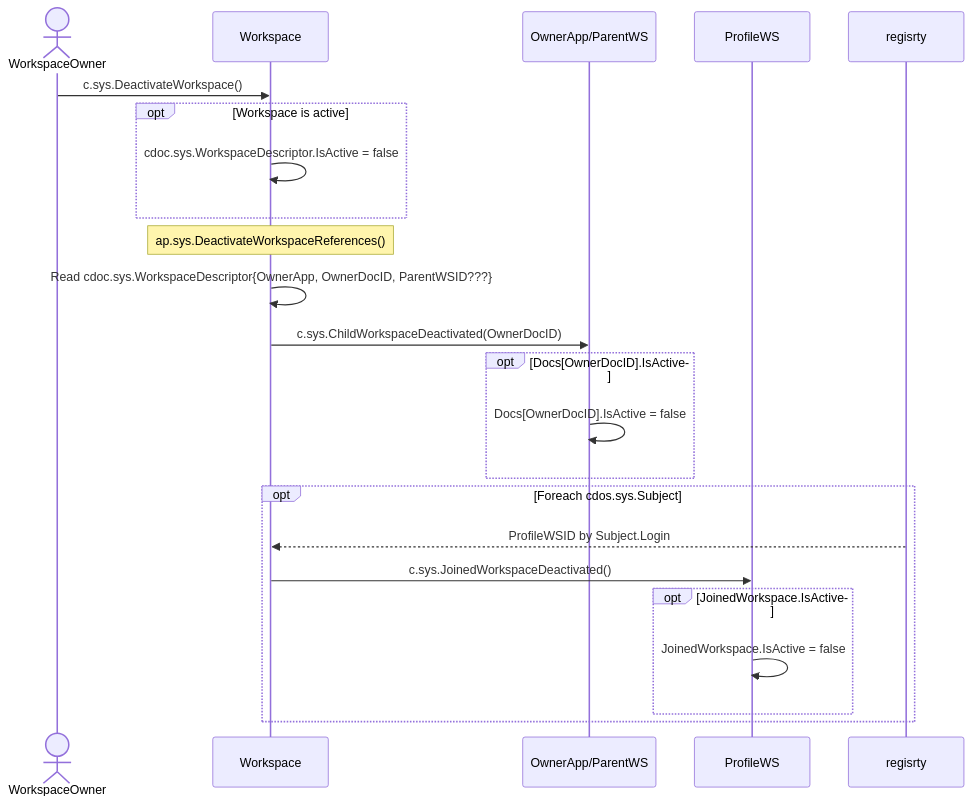
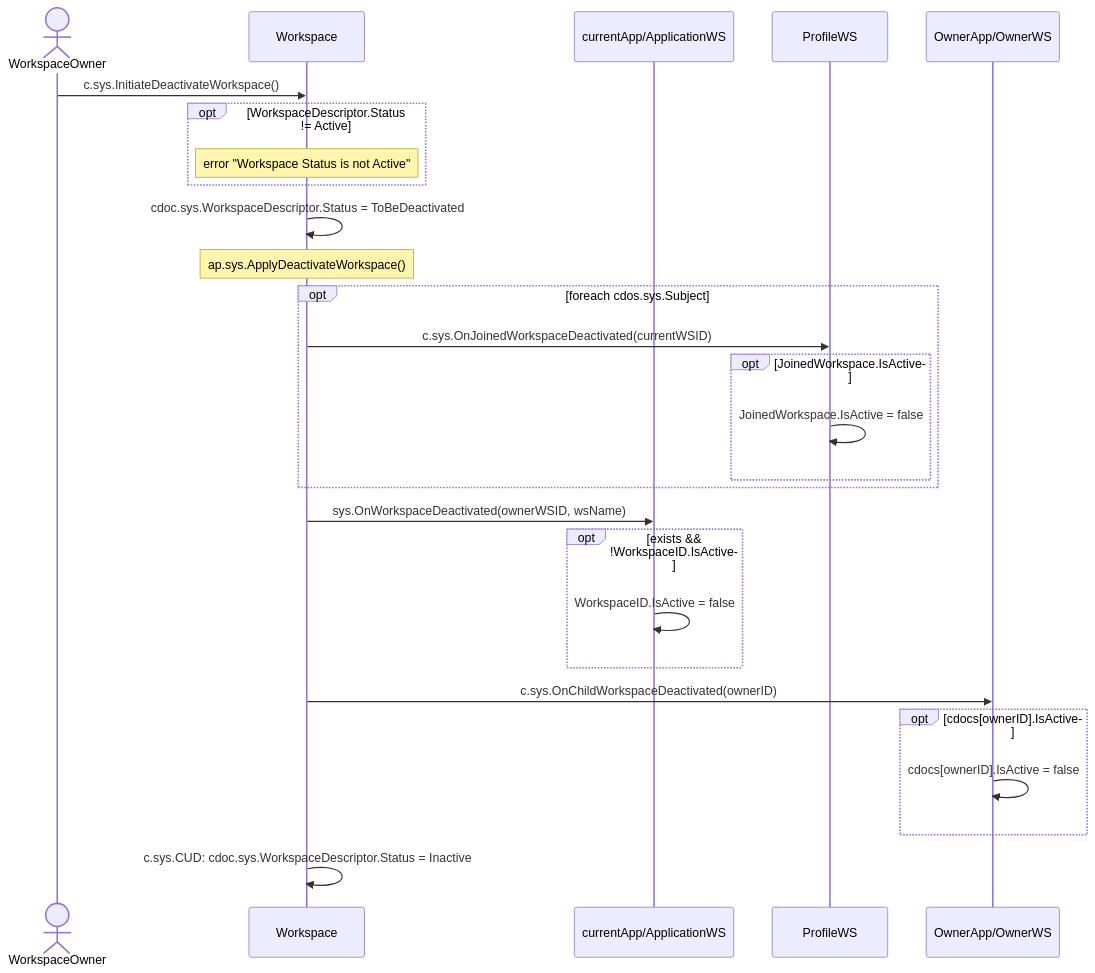
The diagram in design/workspaces/deactivate-workspace.md (voedger/voedger), drawn with Mermaid before and after one commit. The commit also changed other lines of this file and 50 other files, not shown here.

````diff
--- a/design/workspaces/deactivate-workspace.md
+++ b/design/workspaces/deactivate-workspace.md
@@ -19,37 +27,36 @@
 ```mermaid
     sequenceDiagram
 
     actor owner as WorkspaceOwner
     participant ws as Workspace
-    participant parent as OwnerApp/ParentWS
+    participant appws as currentApp/ApplicationWS
     participant profile as ProfileWS
-    participant registry as regisrty
+    participant ownerWS as OwnerApp/OwnerWS
 
-    owner ->> ws: c.sys.DeactivateWorkspace()
-    opt Workspace is active
-        ws ->> ws: cdoc.sys.WorkspaceDescriptor.IsActive = false
+    owner ->> ws: c.sys.InitiateDeactivateWorkspace()
+    opt WorkspaceDescriptor.Status != Active
+      note over ws: error "Workspace Status is not Active"
     end
 
-    note over ws: ap.sys.DeactivateWorkspaceReferences()
-    ws ->> ws: Read cdoc.sys.WorkspaceDescriptor{OwnerApp, OwnerDocID, ParentWSID???}
+    ws ->> ws: cdoc.sys.WorkspaceDescriptor.Status = ToBeDeactivated
 
-    ws ->> parent: c.sys.ChildWorkspaceDeactivated(OwnerDocID)
-
-    opt Docs[OwnerDocID].IsActive
-      parent ->> parent: Docs[OwnerDocID].IsActive = false
+    note over ws: ap.sys.ApplyDeactivateWorkspace()
+    opt foreach cdos.sys.Subject
+      ws ->> profile: c.sys.OnJoinedWorkspaceDeactivated(currentWSID)
+      opt JoinedWorkspace.IsActive
+        profile ->> profile: JoinedWorkspace.IsActive = false
+      end
     end
 
-    opt Foreach cdos.sys.Subject
-        registry -->> ws : ProfileWSID by Subject.Login
-        ws ->> profile: c.sys.JoinedWorkspaceDeactivated()
-        opt JoinedWorkspace.IsActive
-          profile ->> profile: JoinedWorkspace.IsActive = false
-        end
+    ws ->> appws: sys.OnWorkspaceDeactivated(ownerWSID, wsName)
+    opt exists && !WorkspaceID.IsActive
+      appws ->> appws: WorkspaceID.IsActive = false
     end
 
+    ws ->> ownerWS: c.sys.OnChildWorkspaceDeactivated(ownerID)
+    opt cdocs[ownerID].IsActive
+      ownerWS ->> ownerWS: cdocs[ownerID].IsActive = false
+    end
 
-
-
-
-
+    ws ->> ws: c.sys.CUD: cdoc.sys.WorkspaceDescriptor.Status = Inactive
 ```
````
